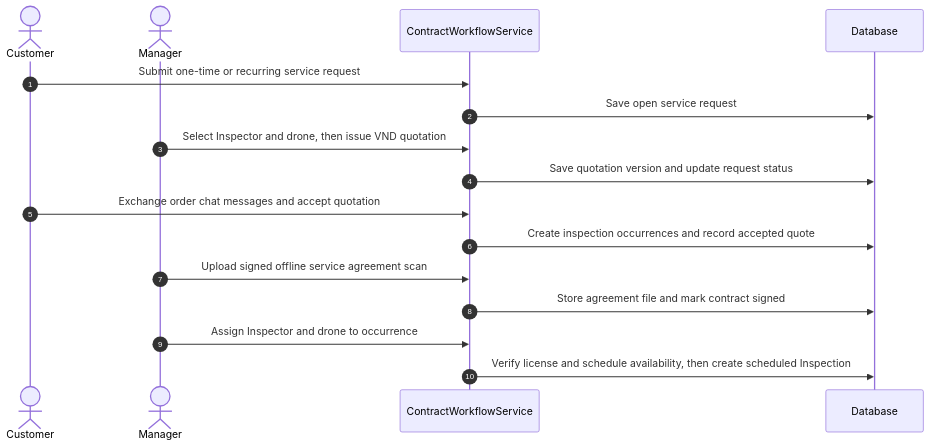
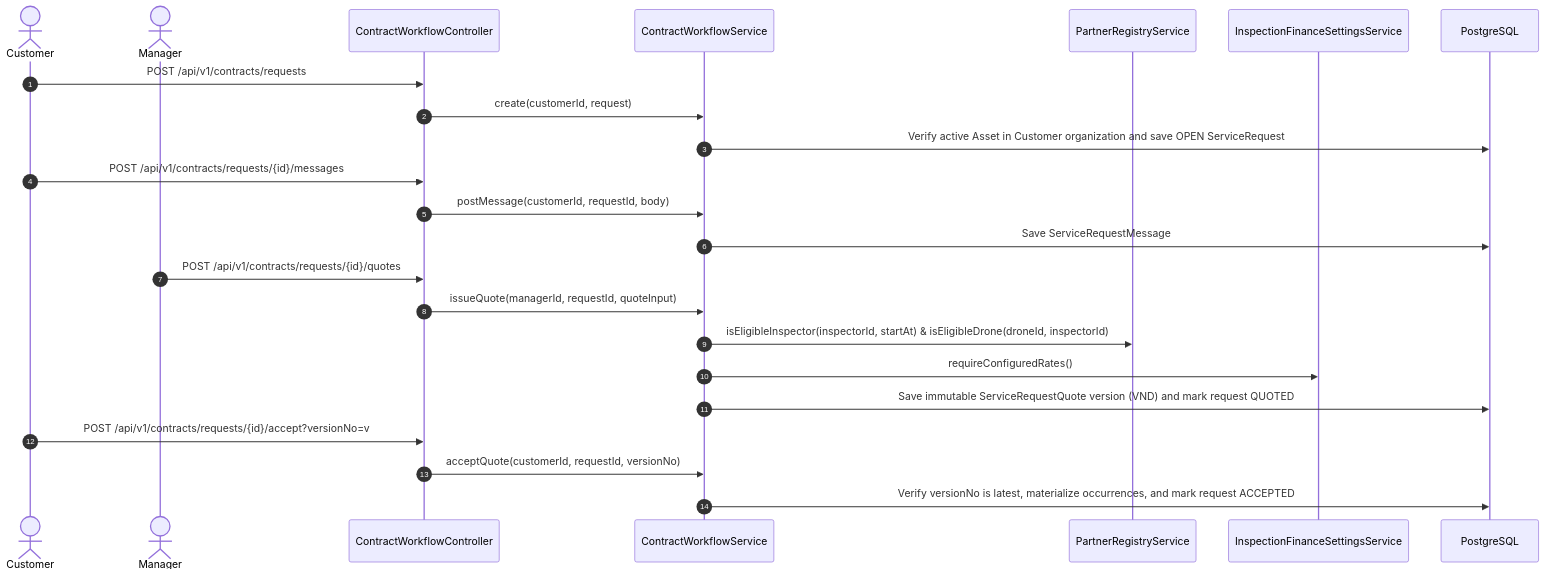
One commit to tungbach12/SmartDroneInspection-Docs changed diagram 12 of 26 in reports/report-4-software-design-document/03-detailed-design.md. Above: the diagram before and after it, drawn with Mermaid. The commit also changed other lines of this file and 94 other files, not shown here.

````diff
--- a/reports/report-4-software-design-document/03-detailed-design.md
+++ b/reports/report-4-software-design-document/03-detailed-design.md
@@ -485,24 +579,30 @@
 ```mermaid
-%% title: FE-04 Service Request, Quotation, Signed Contract and Dispatch Sequence Diagram
+%% title: FE-04 Service Request, Order Chat and VND Quotation Sequence Diagram
 sequenceDiagram
   autonumber
   actor Cust as Customer
   actor Mgr as Manager
-  participant ContractSvc as ContractWorkflowService
-  participant DB as Database
+  participant Ctrl as ContractWorkflowController
+  participant Svc as ContractWorkflowService
+  participant Partner as PartnerRegistryService
+  participant FinSvc as InspectionFinanceSettingsService
+  participant DB as PostgreSQL
 
-  Cust->>ContractSvc: Submit one-time or recurring service request
-  ContractSvc->>DB: Save open service request
+  Cust->>Ctrl: POST /api/v1/contracts/requests
+  Ctrl->>Svc: create(customerId, request)
+  Svc->>DB: Verify active Asset in Customer organization and save OPEN ServiceRequest
 
-  Mgr->>ContractSvc: Select Inspector and drone, then issue VND quotation
-  ContractSvc->>DB: Save quotation version and update request status
+  Cust->>Ctrl: POST /api/v1/contracts/requests/{id}/messages
+  Ctrl->>Svc: postMessage(customerId, requestId, body)
+  Svc->>DB: Save ServiceRequestMessage
 
-  Cust->>ContractSvc: Exchange order chat messages and accept quotation
-  ContractSvc->>DB: Create inspection occurrences and record accepted quote
+  Mgr->>Ctrl: POST /api/v1/contracts/requests/{id}/quotes
+  Ctrl->>Svc: issueQuote(managerId, requestId, quoteInput)
+  Svc->>Partner: isEligibleInspector(inspectorId, startAt) & isEligibleDrone(droneId, inspectorId)
+  Svc->>FinSvc: requireConfiguredRates()
+  Svc->>DB: Save immutable ServiceRequestQuote version (VND) and mark request QUOTED
 
-  Mgr->>ContractSvc: Upload signed offline service agreement scan
-  ContractSvc->>DB: Store agreement file and mark contract signed
-
-  Mgr->>ContractSvc: Assign Inspector and drone to occurrence
-  ContractSvc->>DB: Verify license and schedule availability, then create scheduled Inspection
+  Cust->>Ctrl: POST /api/v1/contracts/requests/{id}/accept?versionNo=v
+  Ctrl->>Svc: acceptQuote(customerId, requestId, versionNo)
+  Svc->>DB: Verify versionNo is latest, materialize occurrences, and mark request ACCEPTED
 ```
````
